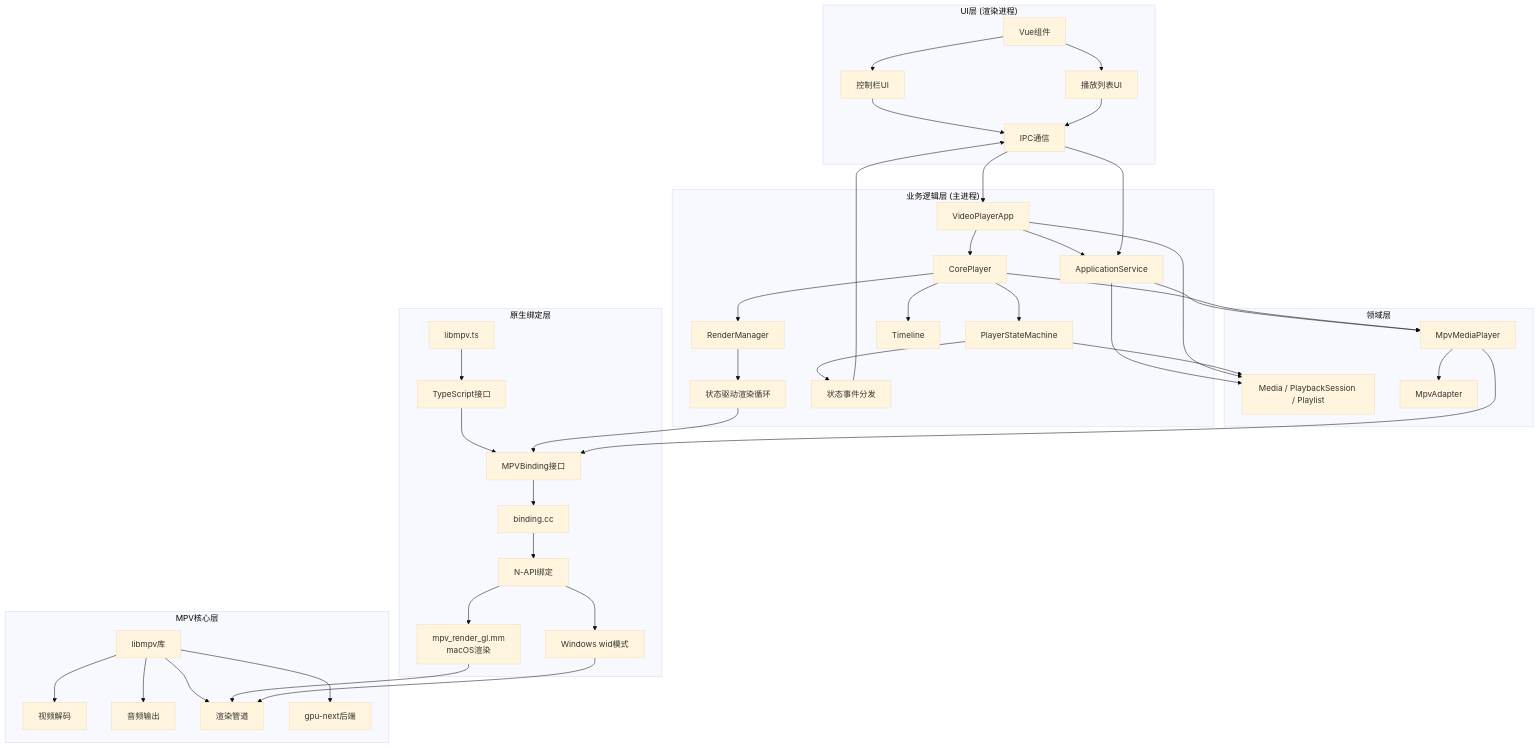
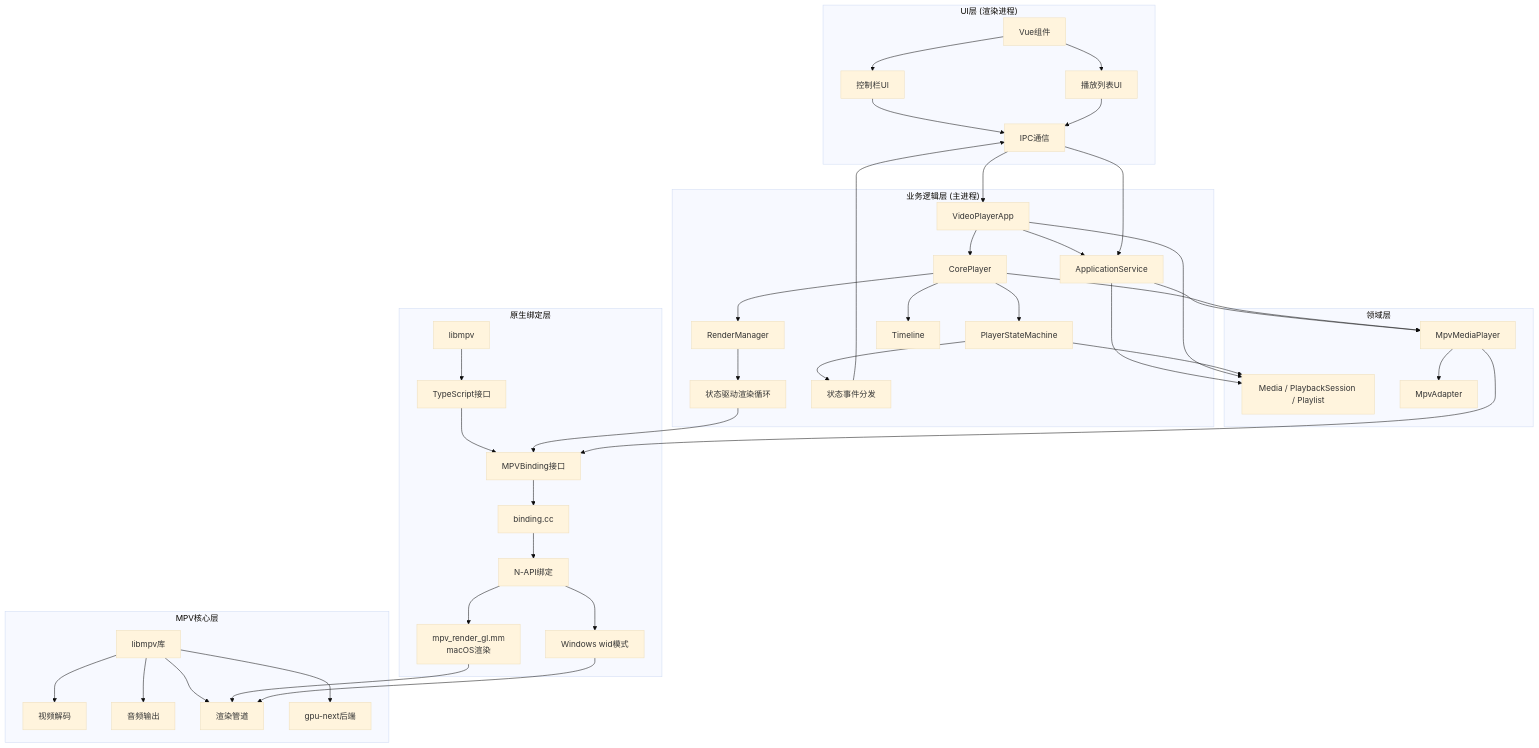
The first of 3 diagrams in docs/ARCHITECTURE.md (Lucas-lgm/mpv-electron), drawn with Mermaid (base theme) before and after one commit. The commit also changed other lines of this file, not shown here.

First line of the commit message:
refactor(architecture): enhance architecture documentation for version 1.10

````diff
--- a/docs/ARCHITECTURE.md
+++ b/docs/ARCHITECTURE.md
@@ -34,55 +34,55 @@
 ```mermaid
 graph TB
     subgraph "UI层 (渲染进程)"
         A1[Vue组件] --> A2[控制栏UI]
         A1 --> A3[播放列表UI]
         A2 --> A4[IPC通信]
         A3 --> A4
     end
 
     subgraph "业务逻辑层 (主进程)"
         B1[VideoPlayerApp] --> B2[ApplicationService]
         B1 --> B3[CorePlayer]
         B3 --> B4[RenderManager]
         B3 --> B5[PlayerStateMachine]
         B3 --> B6[Timeline]
         B4 --> B7[状态驱动渲染循环]
         B5 --> B8[状态事件分发]
     end
 
     subgraph "领域层"
         D1[Media / PlaybackSession / Playlist]
         D2[MpvAdapter]
         D3[MpvMediaPlayer]
         B2 --> D1
         B2 --> D3
         B1 --> D1
         B3 --> D3
         B5 --> D1
         D3 --> D2
     end
 
     subgraph "原生绑定层"
-        C1[libmpv.ts] --> C2[TypeScript接口]
+        C1[libmpv] --> C2[TypeScript接口]
         C2 --> C3[MPVBinding接口]
         C3 --> C4[binding.cc]
         C4 --> C5[N-API绑定]
         C5 --> C6[mpv_render_gl.mm<br/>macOS渲染]
         C5 --> C7[Windows wid模式]
     end
 
     subgraph "MPV核心层"
         E1[libmpv库] --> E2[视频解码]
         E1 --> E3[音频输出]
         E1 --> E4[渲染管道]
         E1 --> E5[gpu-next后端]
     end
 
     A4 --> B1
     A4 --> B2
     B8 --> A4
     B7 --> C3
     D3 --> C3
     C6 --> E4
     C7 --> E4
 ```
````
